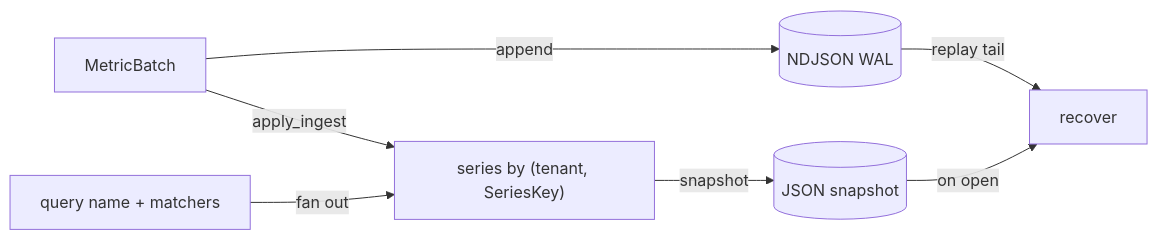
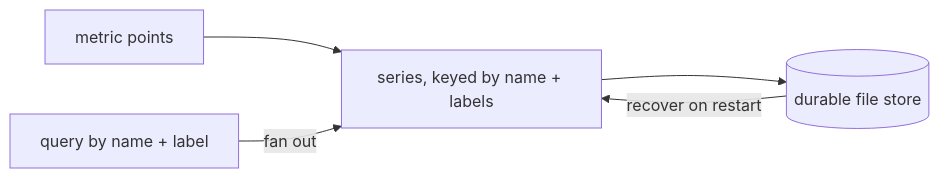
Before and after one commit to andrealaforgia/kaleidoscope-site: the diagram in src/content/docs/components/pulse.md, drawn with Mermaid. The commit also changed other lines of this file and 23 other files, not shown here.

````diff
--- a/src/content/docs/components/pulse.md
+++ b/src/content/docs/components/pulse.md
@@ -27,9 +27,7 @@
 ```mermaid
 flowchart LR
- Ingest[MetricBatch] -->|append| WAL[(NDJSON WAL)]
- Ingest -->|apply_ingest| Series["series by (tenant, SeriesKey)"]
- Series -->|snapshot| Snap[(JSON snapshot)]
- Snap -->|on open| Recover[recover]
- WAL -->|replay tail| Recover
- Q[query name + matchers] -->|fan out| Series
+    Ingest[metric points] --> Series[series, keyed by name + labels]
+    Series --> Durable[(durable file store)]
+    Durable -->|recover on restart| Series
+    Q[query by name + label] -->|fan out| Series
 ```
````
